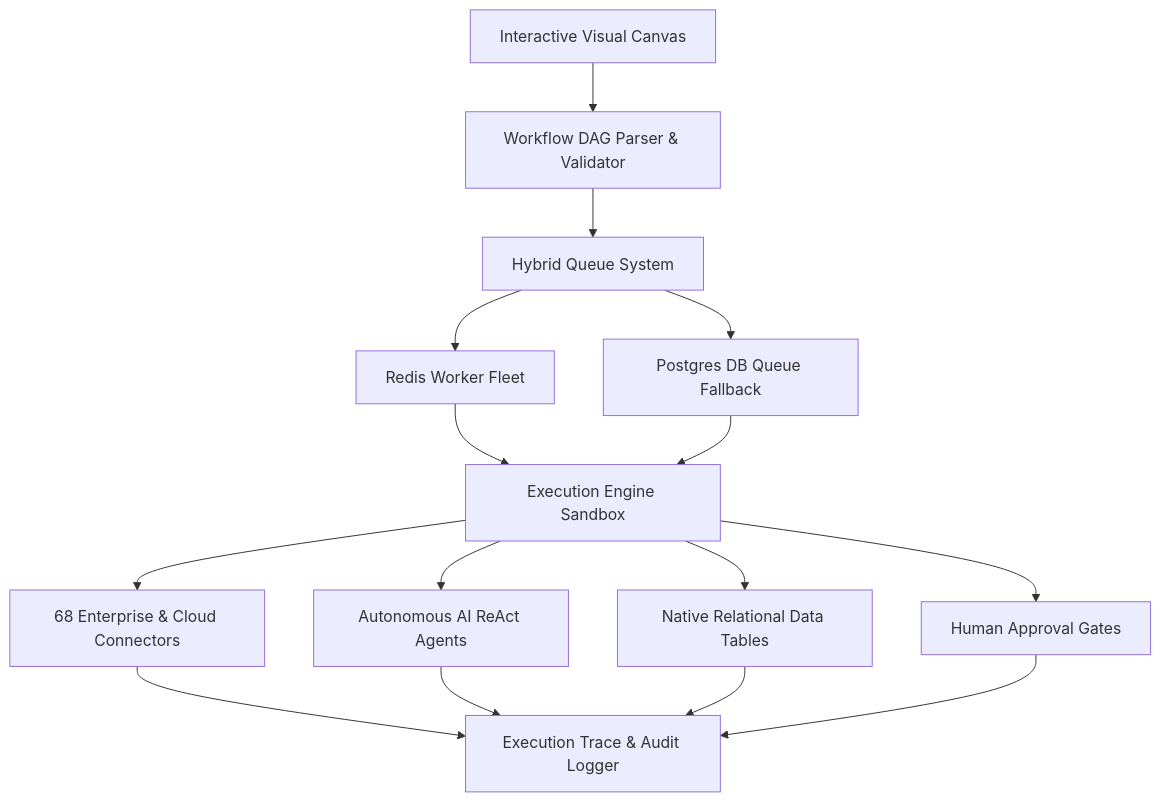
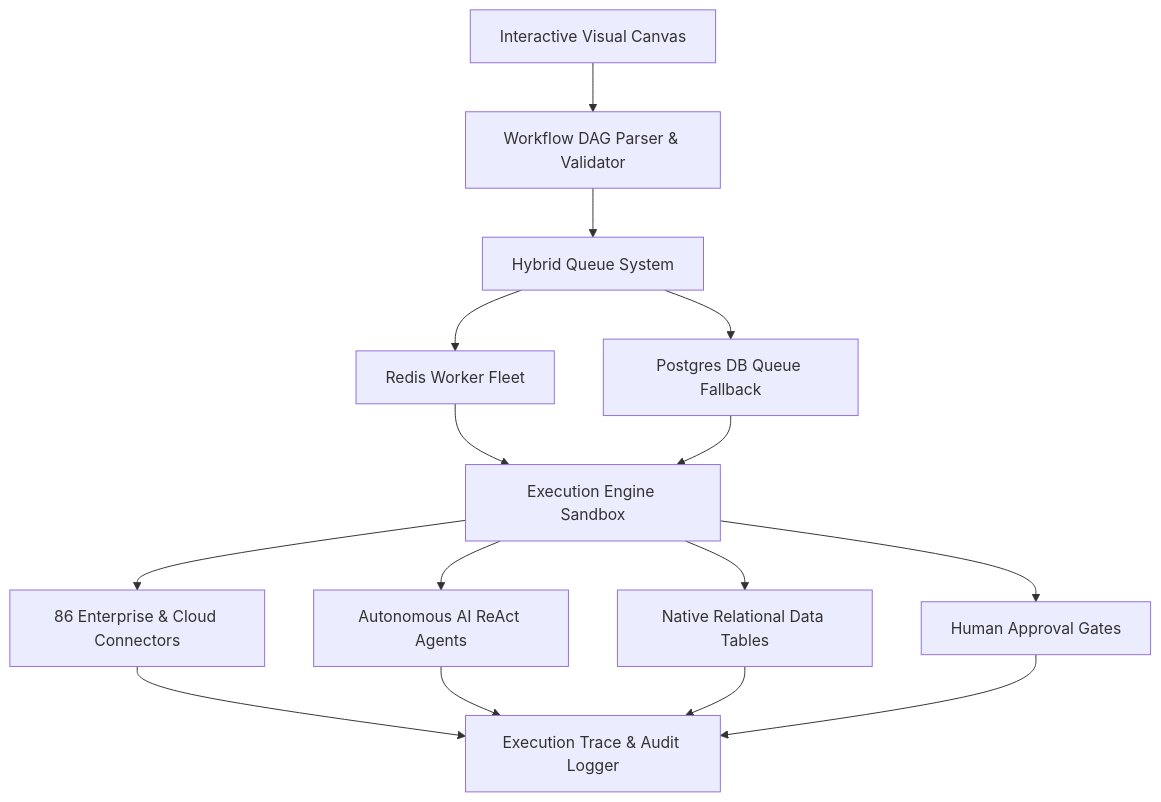
Before and after one commit to gauravsahoo-ops/Flowsmith: the first of 2 diagrams in docs/PRODUCT_REQUIREMENTS_DOCUMENT.md, drawn with Mermaid. The commit also changed other lines of this file and 5 other files, not shown here.

````diff
--- a/docs/PRODUCT_REQUIREMENTS_DOCUMENT.md
+++ b/docs/PRODUCT_REQUIREMENTS_DOCUMENT.md
@@ -45,14 +45,14 @@
 ```mermaid
 graph TD
     A[Interactive Visual Canvas] --> B[Workflow DAG Parser & Validator]
     B --> C[Hybrid Queue System]
     C --> D1[Redis Worker Fleet]
     C --> D2[Postgres DB Queue Fallback]
     D1 --> E[Execution Engine Sandbox]
     D2 --> E
-    E --> F1[68 Enterprise & Cloud Connectors]
+    E --> F1[86 Enterprise & Cloud Connectors]
     E --> F2[Autonomous AI ReAct Agents]
     E --> F3[Native Relational Data Tables]
     E --> F4[Human Approval Gates]
     F1 & F2 & F3 & F4 --> G[Execution Trace & Audit Logger]
 ```
````
